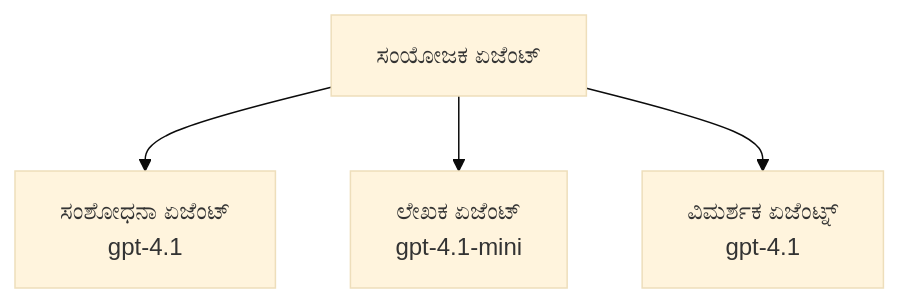
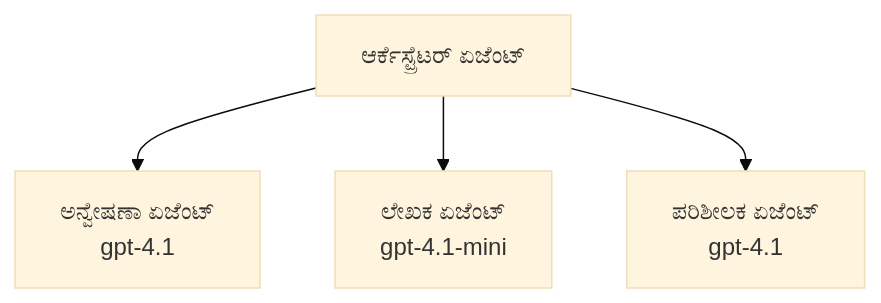
Before and after one commit to microsoft/AZD-for-beginners: the third of 3 diagrams in translations/kn/docs/chapter-02-ai-development/agents.md, drawn with Mermaid (base theme). The commit also changed other lines of this file and 101 other files, not shown here.

````diff
--- a/translations/kn/docs/chapter-02-ai-development/agents.md
+++ b/translations/kn/docs/chapter-02-ai-development/agents.md
@@ -189,6 +194,6 @@
 ```mermaid
 graph TD
-    Orchestrator[ಸಂಯೋಜಕ ಏಜೆಂಟ್] --> Research[ಸಂಶೋಧನಾ ಏಜೆಂಟ್<br/>gpt-4.1]
+    Orchestrator[ಆರ್ಕೆಸ್ಟ್ರೆಟರ್ ಏಜೆಂಟ್] --> Research[ಅನ್ವೇಷಣಾ ಏಜೆಂಟ್<br/>gpt-4.1]
     Orchestrator --> Writer[ಲೇಖಕ ಏಜೆಂಟ್<br/>gpt-4.1-mini]
-    Orchestrator --> Reviewer[ವಿಮರ್ಶಕ ಏಜೆಂಟ್ನ್<br/>gpt-4.1]
+    Orchestrator --> Reviewer[ಪರಿಶೀಲಕ ಏಜೆಂಟ್<br/>gpt-4.1]
 ```
````
